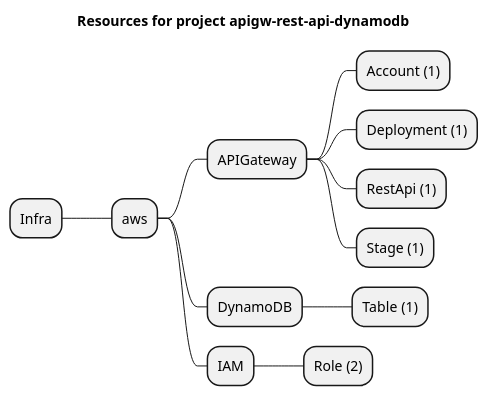
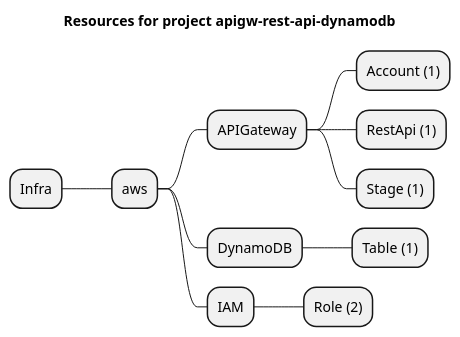
One commit to grucloud/grucloud changed the diagram in examples/aws/serverless-patterns/apigw-rest-api-dynamodb/artifacts/resources-mindmap.puml. Above: the diagram before and after it, drawn with PlantUML. The commit also changed 51 other files, not shown here.

```diff
--- a/examples/aws/serverless-patterns/apigw-rest-api-dynamodb/artifacts/resources-mindmap.puml
+++ b/examples/aws/serverless-patterns/apigw-rest-api-dynamodb/artifacts/resources-mindmap.puml
@@ -1,15 +1,14 @@
 @startmindmap
 title Resources for project apigw-rest-api-dynamodb
 skinparam monochrome true
 + Infra
 ++ aws
 +++ APIGateway
 ++++ Account (1)
-++++ Deployment (1)
 ++++ RestApi (1)
 ++++ Stage (1)
 +++ DynamoDB
 ++++ Table (1)
 +++ IAM
 ++++ Role (2)
 @endmindmap
```
